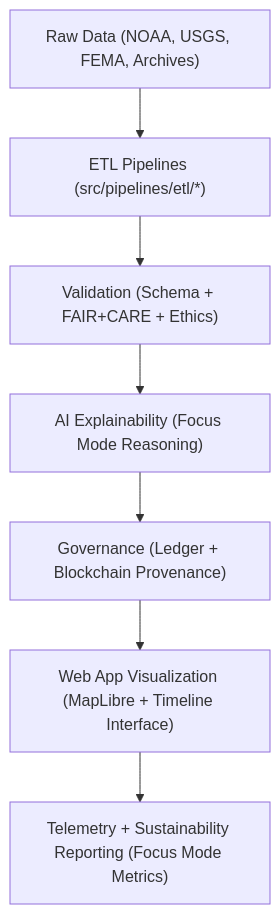
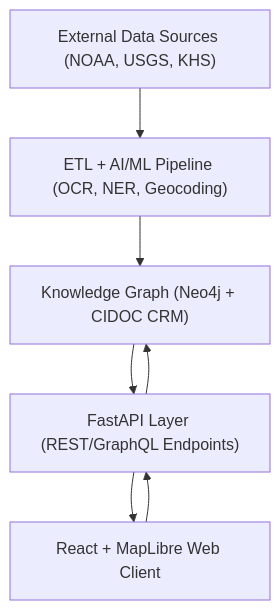
Before and after one commit to bartytime4life/Kansas-Frontier-Matrix: the diagram in ARCHITECTURE.md, drawn with Mermaid. The commit also changed other lines of this file, not shown here.

````diff
--- a/ARCHITECTURE.md
+++ b/ARCHITECTURE.md
@@ -70,9 +153,11 @@
 ```mermaid
 flowchart TD
-    A["Raw Data (NOAA, USGS, FEMA, Archives)"] --> B["ETL Pipelines (src/pipelines/etl/*)"]
-    B --> C["Validation (Schema + FAIR+CARE + Ethics)"]
-    C --> D["AI Explainability (Focus Mode Reasoning)"]
-    D --> E["Governance (Ledger + Blockchain Provenance)"]
-    E --> F["Web App Visualization (MapLibre + Timeline Interface)"]
-    F --> G["Telemetry + Sustainability Reporting (Focus Mode Metrics)"]
+A["External Data Sources (NOAA, USGS, KHS)"]
+B["ETL + AI/ML Pipeline (OCR, NER, Geocoding)"]
+C["Knowledge Graph (Neo4j + CIDOC CRM)"]
+D["FastAPI Layer (REST/GraphQL Endpoints)"]
+E["React + MapLibre Web Client"]
+
+A --> B --> C --> D --> E
+E --> D --> C
 ```
````
